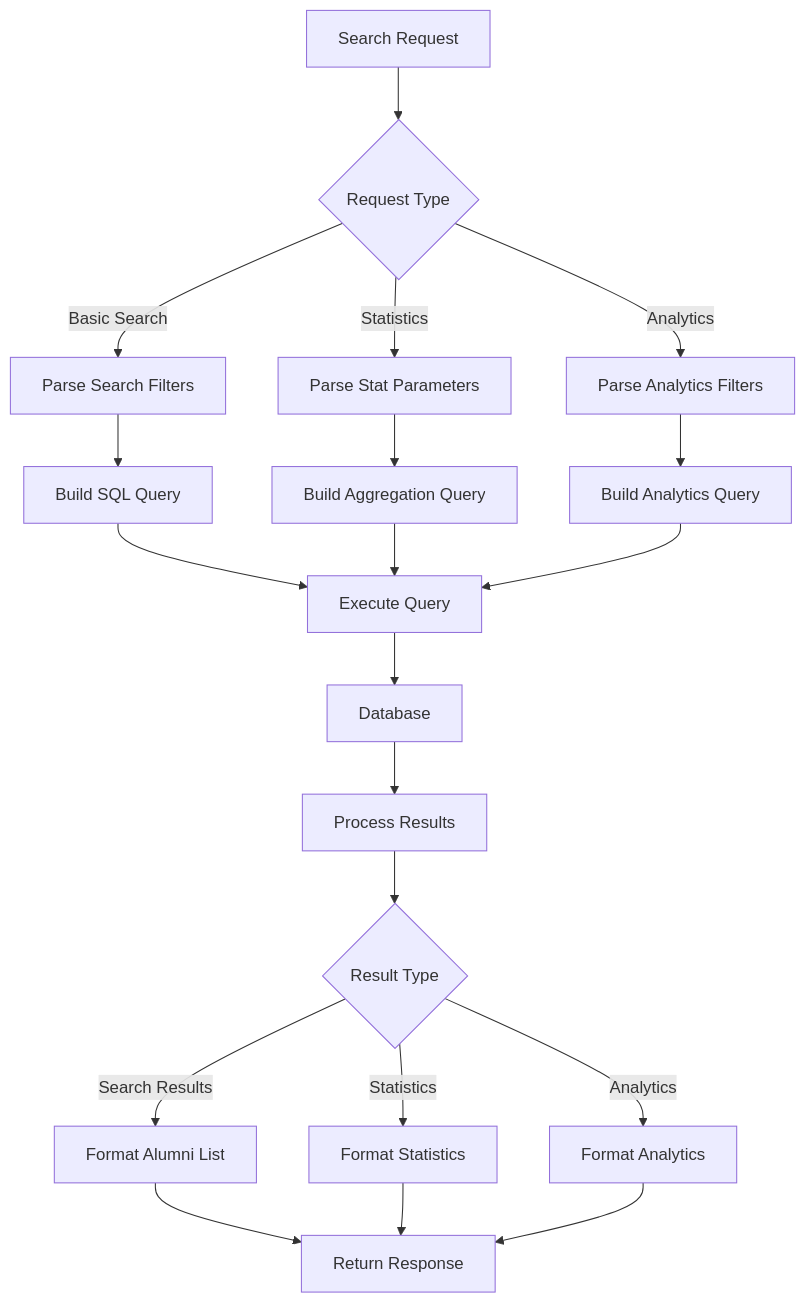
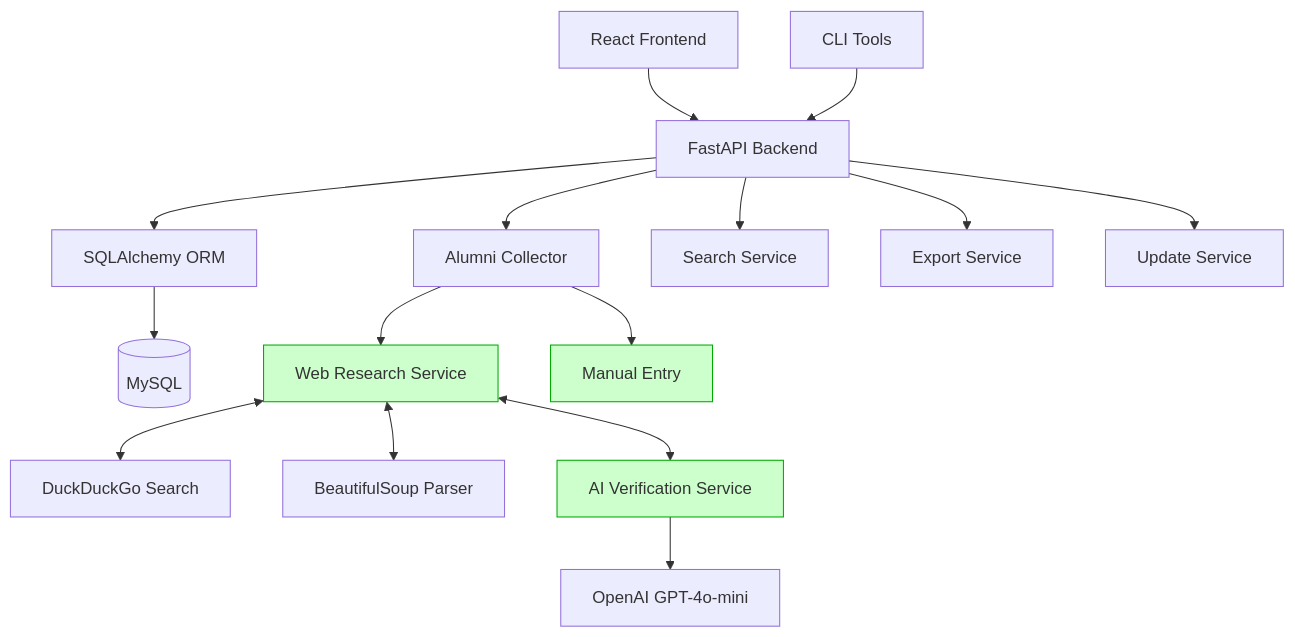
Diagram 16 of 17 in DOCUMENTATION.md (MananiDennis/alumniSystem), drawn with Mermaid before and after one commit. The commit also changed other lines of this file and 5 other files, not shown here.

````diff
--- a/DOCUMENTATION.md
+++ b/DOCUMENTATION.md
@@ -564,28 +953,27 @@
 ```mermaid
-flowchart TD
-    A[Search Request] --> B{Request Type}
-
-    B -->|Basic Search| C[Parse Search Filters]
-    B -->|Statistics| D[Parse Stat Parameters]
-    B -->|Analytics| E[Parse Analytics Filters]
-
-    C --> F[Build SQL Query]
-    D --> G[Build Aggregation Query]
-    E --> H[Build Analytics Query]
-
-    F --> I[Execute Query]
-    G --> I
-    H --> I
-
-    I --> J[Database]
-    J --> K[Process Results]
-
-    K --> L{Result Type}
-    L -->|Search Results| M[Format Alumni List]
-    L -->|Statistics| N[Format Statistics]
-    L -->|Analytics| O[Format Analytics]
-
-    M --> P[Return Response]
-    N --> P
-    O --> P
+graph TB
+    A[React Frontend] --> B[FastAPI Backend]
+    B --> C[SQLAlchemy ORM]
+    C --> D[(MySQL)]
+    
+    B --> E[Alumni Collector]
+    E --> F[Web Research Service]
+    E --> G[Manual Entry]
+    
+    F <--> H[DuckDuckGo Search]
+    F <--> I[BeautifulSoup Parser]
+    F <--> J[AI Verification Service]
+    
+    J --> OpenAI[OpenAI GPT-4o-mini]
+    
+    B --> K[Search Service]
+    B --> L[Export Service]
+    B --> M[Update Service]
+    
+    N[CLI Tools] --> B
+    
+    classDef deprecated fill:#ffcccc,stroke:#ff0000,stroke-dasharray: 5 5
+    classDef ethical fill:#ccffcc,stroke:#00aa00
+    
+    class F,G,J ethical
 ```
````
